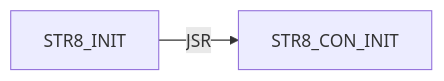
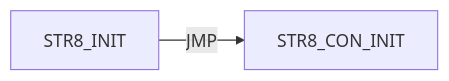
One commit to 95westus/R-YORS changed diagram 14 of 38 in DOC/GUIDES/STR8/STR8_EDGE_DUMP.md. Above: the diagram before and after it, drawn with Mermaid. The commit also changed other lines of this file and 35 other files, not shown here.

````diff
--- a/DOC/GUIDES/STR8/STR8_EDGE_DUMP.md
+++ b/DOC/GUIDES/STR8/STR8_EDGE_DUMP.md
@@ -205,4 +180,4 @@
 ```mermaid
 flowchart LR
-    N0["STR8_INIT"] -->|JSR| N1["STR8_CON_INIT"]
+    N0["STR8_INIT"] -->|JMP| N1["STR8_CON_INIT"]
 ```
````
